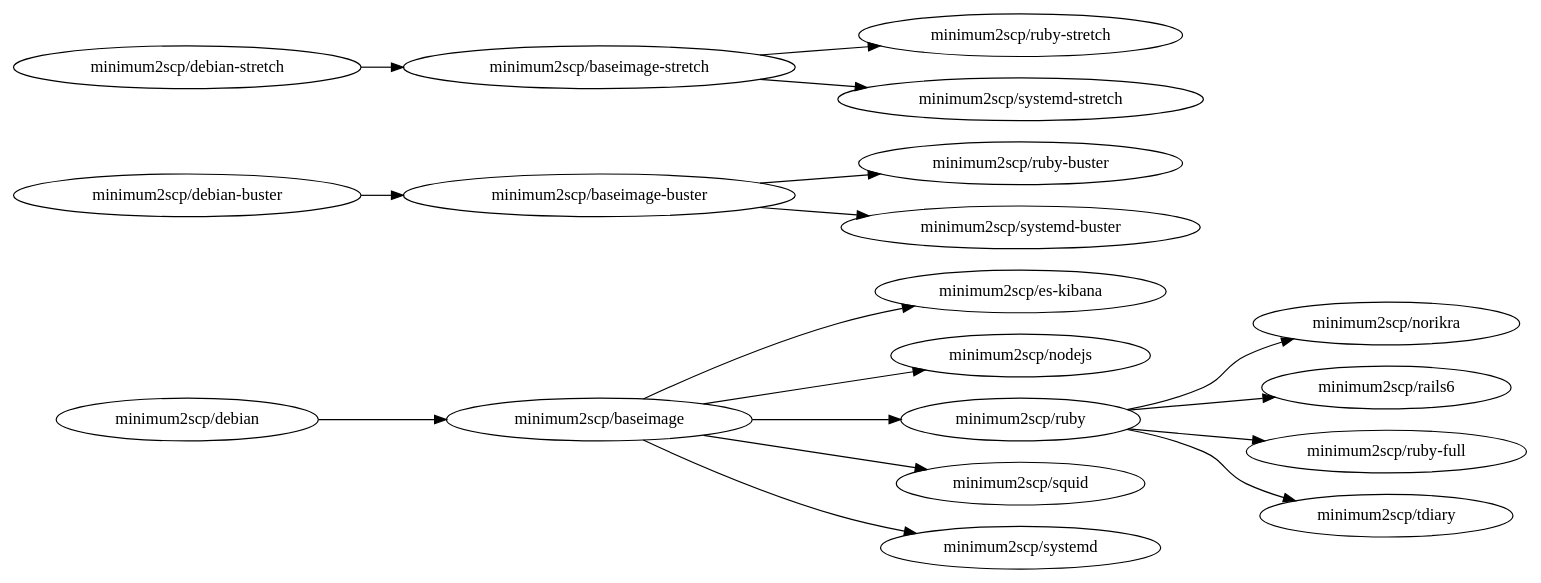
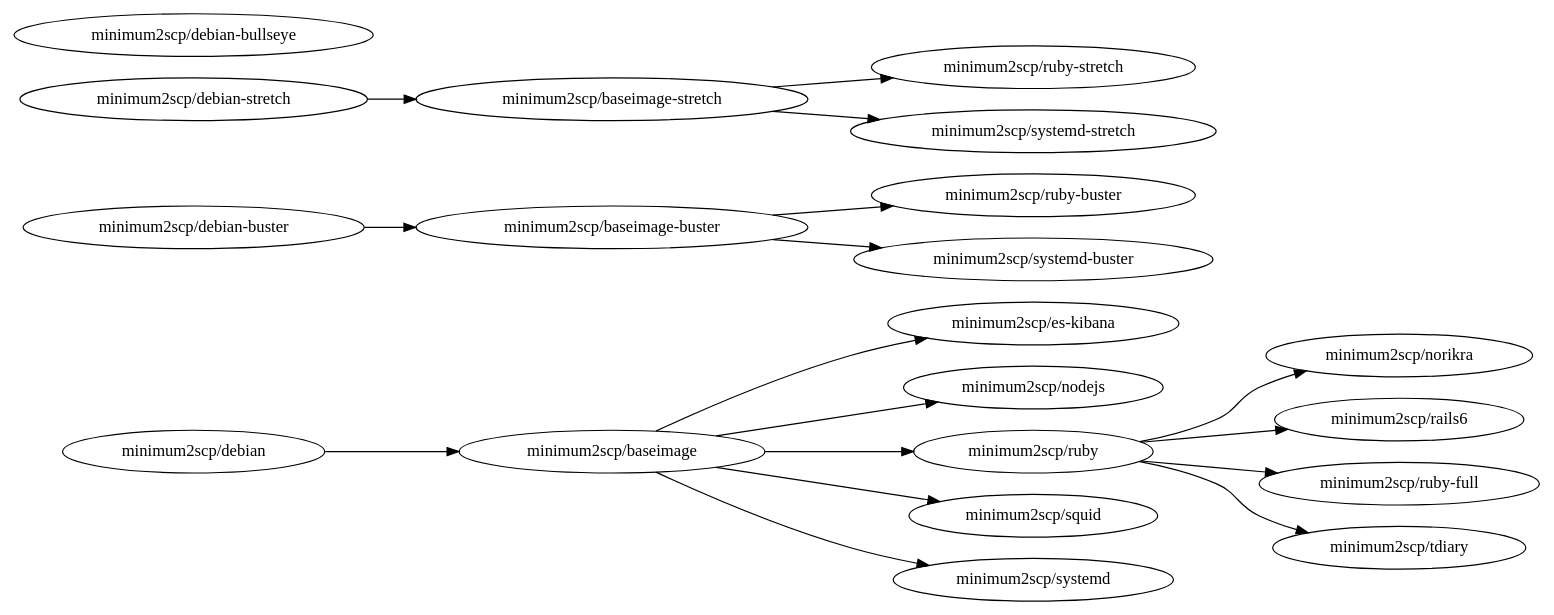
One commit to minimum2scp/dockerfiles changed the diagram in deps.dot. Above: the diagram before and after it, drawn with Graphviz. The commit also changed 3 other files, not shown here.

Commit message:
Added debian-bullseye image

```diff
--- a/deps.dot
+++ b/deps.dot
@@ -1,36 +1,37 @@
 digraph deps {
   graph        [rankdir = "LR"];
   ratio = auto;
 
 
   baseimage         [label = "minimum2scp/baseimage"];
   baseimage_buster  [label = "minimum2scp/baseimage-buster "];
   baseimage_stretch [label = "minimum2scp/baseimage-stretch"];
   debian            [label = "minimum2scp/debian"];
-  debian_buster     [label = "minimum2scp/debian-buster "];
+  debian_bullseye   [label = "minimum2scp/debian-bullseye"];
+  debian_buster     [label = "minimum2scp/debian-buster"];
   debian_stretch    [label = "minimum2scp/debian-stretch"];
   es_kibana         [label = "minimum2scp/es-kibana"];
   nodejs            [label = "minimum2scp/nodejs"];
   norikra           [label = "minimum2scp/norikra"];
   rails6            [label = "minimum2scp/rails6"];
   ruby              [label = "minimum2scp/ruby"];
   ruby_buster       [label = "minimum2scp/ruby-buster "];
   ruby_full         [label = "minimum2scp/ruby-full"];
   ruby_stretch      [label = "minimum2scp/ruby-stretch"];
   squid             [label = "minimum2scp/squid"];
   systemd           [label = "minimum2scp/systemd"];
   systemd_buster    [label = "minimum2scp/systemd-buster"];
   systemd_stretch   [label = "minimum2scp/systemd-stretch"];
   tdiary            [label = "minimum2scp/tdiary"];
 
   debian    -> baseimage;
   baseimage -> {es_kibana, nodejs, ruby, squid, systemd};
   ruby      -> {norikra, rails6, ruby_full, tdiary};
 
   debian_buster -> baseimage_buster;
   baseimage_buster -> {ruby_buster, systemd_buster};
 
   debian_stretch   -> baseimage_stretch;
   baseimage_stretch -> {systemd_stretch, ruby_stretch};
 
 }
```
